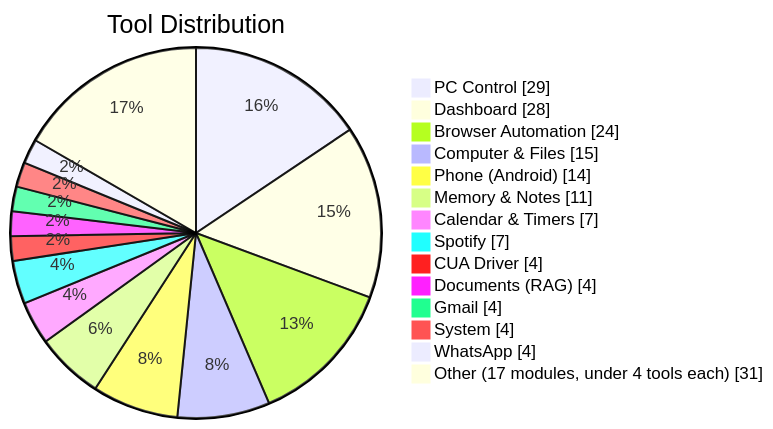
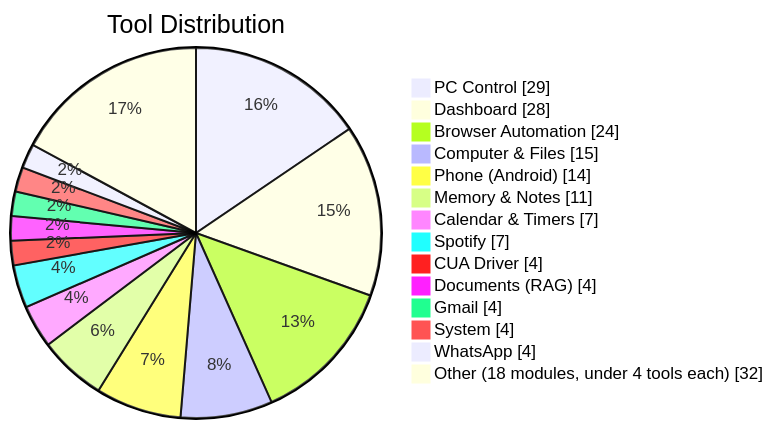
The ninth of 11 diagrams in README.md (HailLucifer666/Agent_OS), drawn with Mermaid before and after one commit. The commit also changed other lines of this file and 26 other files, not shown here.

````diff
--- a/README.md
+++ b/README.md
@@ -423,17 +423,17 @@
 ```mermaid
 pie showData title Tool Distribution
     "PC Control" : 29
     "Dashboard" : 28
     "Browser Automation" : 24
     "Computer & Files" : 15
     "Phone (Android)" : 14
     "Memory & Notes" : 11
     "Calendar & Timers" : 7
     "Spotify" : 7
     "CUA Driver" : 4
     "Documents (RAG)" : 4
     "Gmail" : 4
     "System" : 4
     "WhatsApp" : 4
-    "Other (17 modules, under 4 tools each)" : 31
+    "Other (18 modules, under 4 tools each)" : 32
 ```
````
